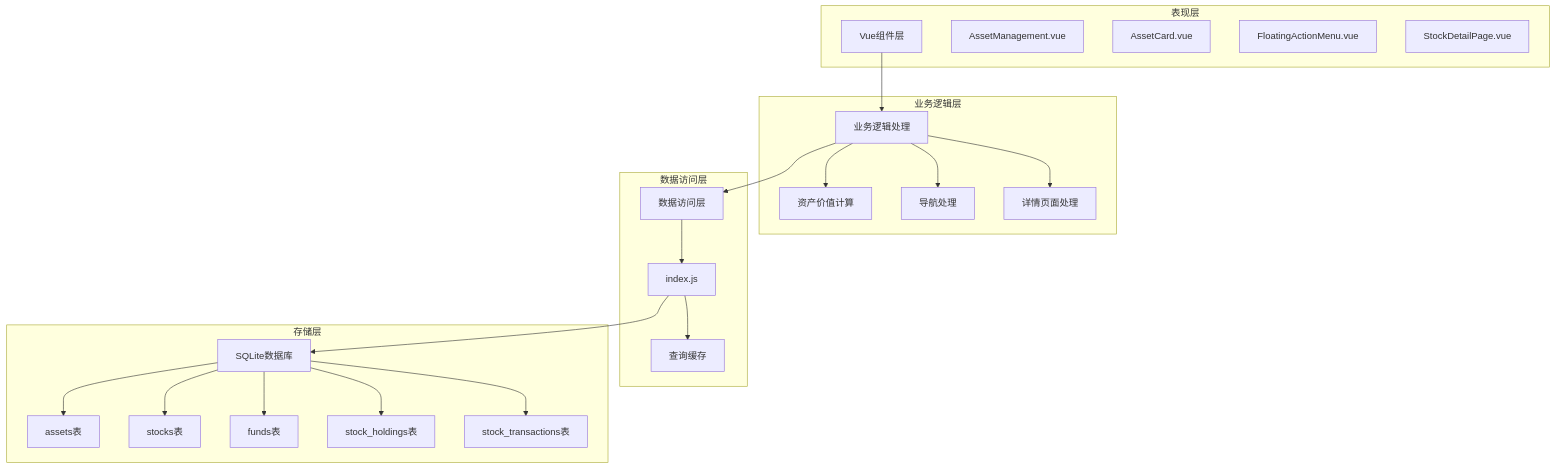
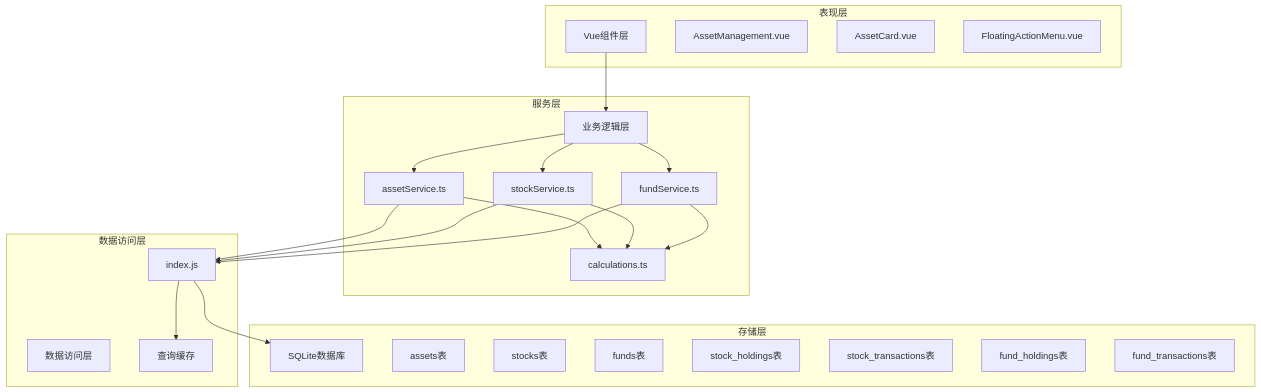
One commit to xiao-lin-unit/yuan changed the second of 19 diagrams in .qoder/repowiki/zh/content/资产管理/资产总览.md. Above: the diagram before and after it, drawn with Mermaid. The commit also changed other lines of this file and 21 other files, not shown here.

````diff
--- a/.qoder/repowiki/zh/content/资产管理/资产总览.md
+++ b/.qoder/repowiki/zh/content/资产管理/资产总览.md
@@ -142,42 +136,43 @@
 ```mermaid
 graph TB
 subgraph "表现层"
 UI[Vue组件层]
 AM[AssetManagement.vue]
 AC[AssetCard.vue]
 FAM[FloatingActionMenu.vue]
-SDP[StockDetailPage.vue]
 end
-subgraph "业务逻辑层"
-BL[业务逻辑处理]
-CALC[资产价值计算]
-NAV[导航处理]
-DETAIL[详情页面处理]
+subgraph "服务层"
+BL[业务逻辑层]
+AS[assetService.ts]
+SS[stockService.ts]
+FS[fundService.ts]
+CAL[calculations.ts]
 end
 subgraph "数据访问层"
 DA[数据访问层]
 DB[index.js]
 CACHE[查询缓存]
 end
 subgraph "存储层"
 STORE[SQLite数据库]
 ASSETS[assets表]
 STOCKS[stocks表]
 FUNDS[funds表]
 STOCK_HOLDINGS[stock_holdings表]
 STOCK_TRANSACTIONS[stock_transactions表]
+FUND_HOLDINGS[fund_holdings表]
+FUND_TRANSACTIONS[fund_transactions表]
 end
 UI --> BL
-BL --> CALC
-BL --> NAV
-BL --> DETAIL
-BL --> DA
-DA --> DB
+BL --> AS
+BL --> SS
+BL --> FS
+AS --> DB
+SS --> DB
+FS --> DB
+AS --> CAL
+SS --> CAL
+FS --> CAL
 DB --> CACHE
 DB --> STORE
-STORE --> ASSETS
-STORE --> STOCKS
-STORE --> FUNDS
-STORE --> STOCK_HOLDINGS
-STORE --> STOCK_TRANSACTIONS
 ```
````
